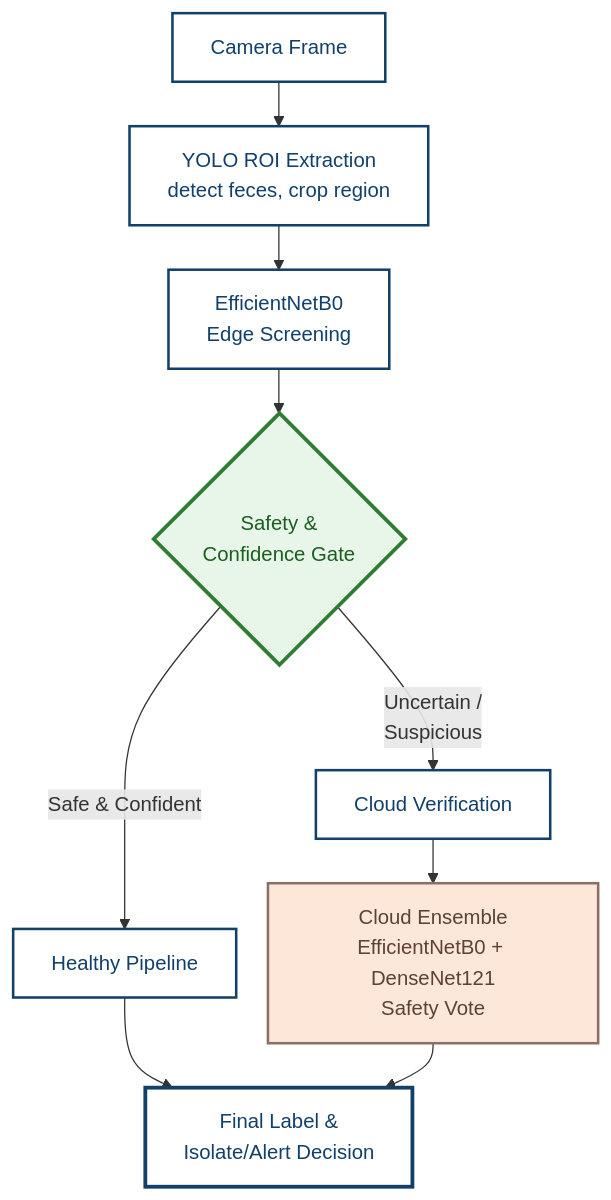
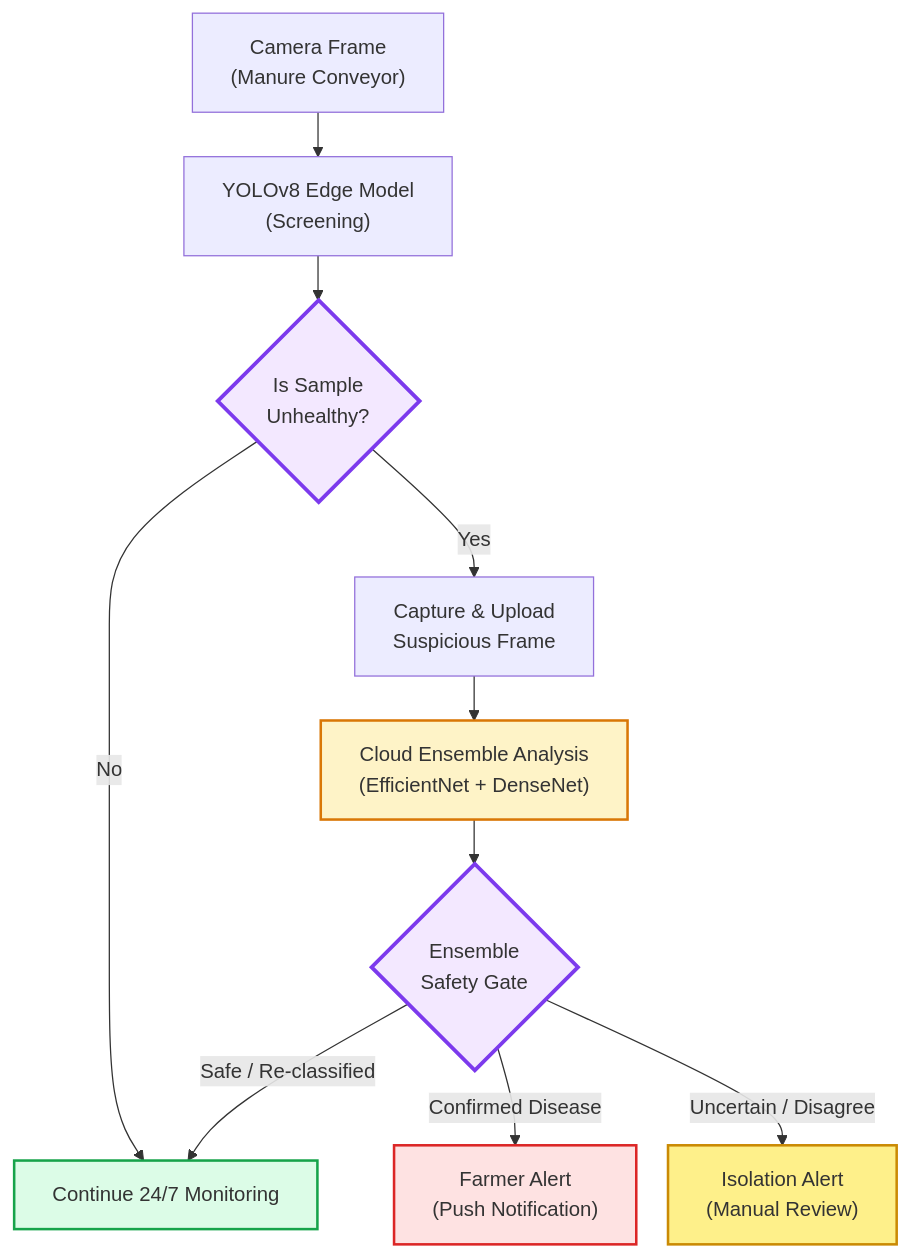
Before and after one commit to SirOsborn/tokkatot_ai: the diagram in development/docs/figures/flowchart_clean.mmd, drawn with Mermaid. The commit also changed 37 other files, not shown here.

```diff
--- a/development/docs/figures/flowchart_clean.mmd
+++ b/development/docs/figures/flowchart_clean.mmd
@@ -1,19 +1,18 @@
 %%{init: {'flowchart': {'padding': 15, 'nodeSpacing': 25, 'rankSpacing': 35}, 'theme': 'default'}}%%
 flowchart TD
-    A["Camera Frame"] --> B["YOLO ROI Extraction<br/>detect feces, crop region"]
-    B --> C["EfficientNetB0<br/>Edge Screening"]
-    C --> D{"Safety &<br/>Confidence Gate"}
-    D -->|Safe & Confident| E["Healthy Pipeline"]
-    D -->|Uncertain /<br/>Suspicious| F["Cloud Verification"]
-    E --> G["Final Label &<br/>Isolate/Alert Decision"]
-    F --> H["Cloud Ensemble<br/>EfficientNetB0 + DenseNet121<br/>Safety Vote"]
-    H --> G
+    A["Camera Frame<br/>(Manure Conveyor)"] --> B["YOLOv8 Edge Model<br/>(Screening)"]
+    B --> C{"Is Sample<br/>Unhealthy?"}
+    C -->|No| D["Continue 24/7 Monitoring"]
+    C -->|Yes| E["Capture & Upload<br/>Suspicious Frame"]
+    E --> F["Cloud Ensemble Analysis<br/>(EfficientNet + DenseNet)"]
+    F --> G{"Ensemble<br/>Safety Gate"}
+    G -->|Confirmed Disease| H["Farmer Alert<br/>(Push Notification)"]
+    G -->|Uncertain / Disagree| I["Isolation Alert<br/>(Manual Review)"]
+    G -->|Safe / Re-classified| D
     
-    style D fill:#e8f5e9,stroke:#2e7d32,stroke-width:3px,color:#1b5e20
-    style H fill:#fde7d9,stroke:#8d6e63,stroke-width:2px,color:#5d4037
-    style E fill:#ffffff,stroke:#12406a,stroke-width:2px,color:#12406a
-    style F fill:#ffffff,stroke:#12406a,stroke-width:2px,color:#12406a
-    style G fill:#ffffff,stroke:#12406a,stroke-width:3px,color:#12406a
-    style A fill:#ffffff,stroke:#12406a,stroke-width:2px,color:#12406a
-    style B fill:#ffffff,stroke:#12406a,stroke-width:2px,color:#12406a
-    style C fill:#ffffff,stroke:#12406a,stroke-width:2px,color:#12406a
+    style C fill:#f3e8ff,stroke:#7c3aed,stroke-width:3px
+    style G fill:#f3e8ff,stroke:#7c3aed,stroke-width:3px
+    style F fill:#fef3c7,stroke:#d97706,stroke-width:2px
+    style H fill:#fee2e2,stroke:#dc2626,stroke-width:2px
+    style I fill:#fef08a,stroke:#ca8a04,stroke-width:2px
+    style D fill:#dcfce7,stroke:#16a34a,stroke-width:2px
```
